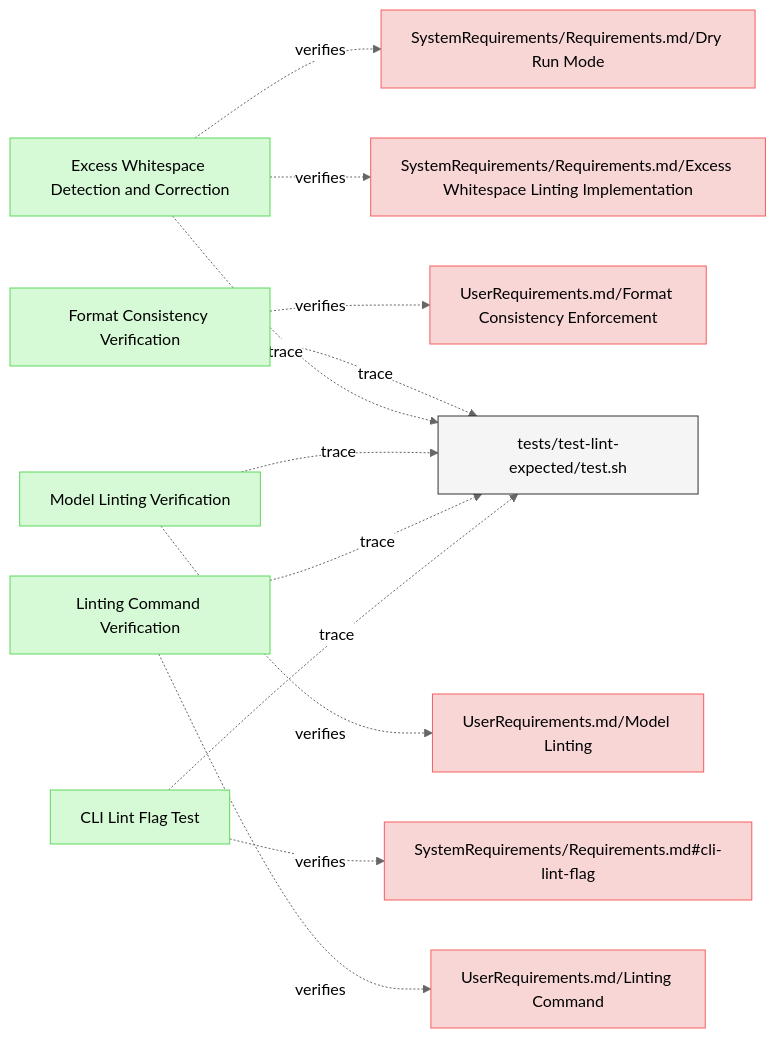
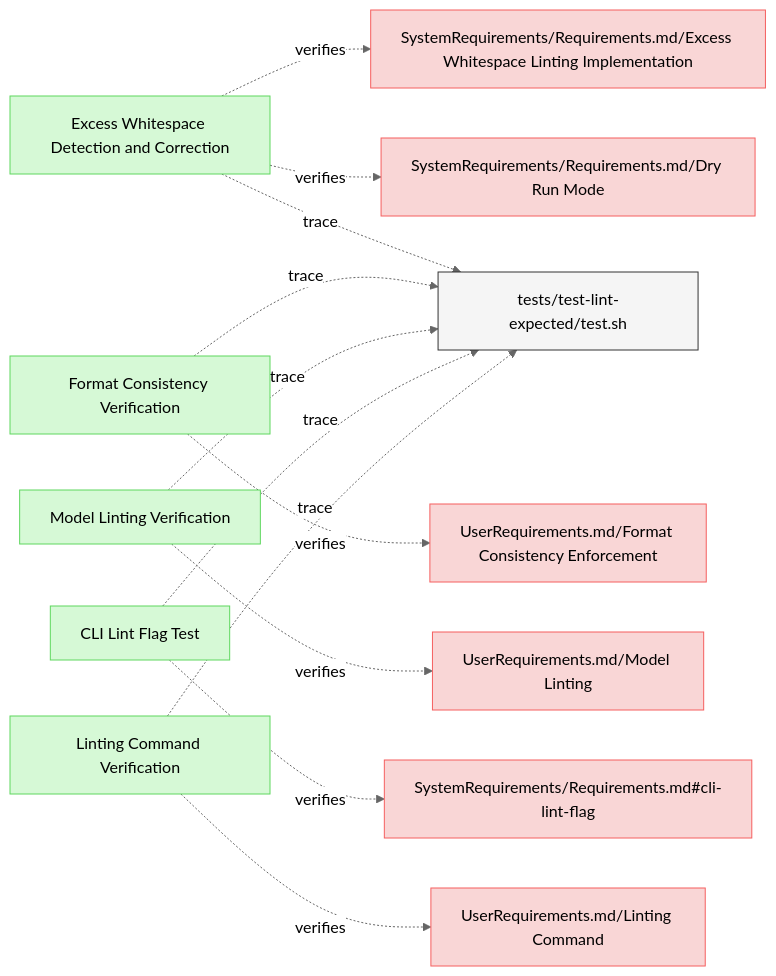
Before and after one commit to reqvire-org/reqvire: the first of 3 diagrams in specifications/Verifications/LintingTests.md, drawn with Mermaid (neutral theme). The commit also changed other lines of this file and 160 other files, not shown here.

````diff
--- a/specifications/Verifications/LintingTests.md
+++ b/specifications/Verifications/LintingTests.md
@@ -6,56 +6,56 @@
 ```mermaid
 graph LR;
   %% Graph styling
   classDef requirement fill:#f9d6d6,stroke:#f55f5f,stroke-width:1px;
   classDef verification fill:#d6f9d6,stroke:#5fd75f,stroke-width:1px;
   classDef externalLink fill:#d0e0ff,stroke:#3080ff,stroke-width:1px;
   classDef default fill:#f5f5f5,stroke:#333333,stroke-width:1px;
 
-  80dc4150bd3cbdba["Format Consistency Verification"];
-  click 80dc4150bd3cbdba "https://github.com/ilijaljubicic/ReqFlow/blob/73d5ae1d93adea71fdf4cc508be4d1ae09be068f/specifications/Verifications/LintingTests.md#format-consistency-verification";
-  class 80dc4150bd3cbdba verification;
-  b692557f47cee0f7["UserRequirements.md/Format Consistency Enforcement"];
-  class b692557f47cee0f7 requirement;
-  click b692557f47cee0f7 "https://github.com/ilijaljubicic/ReqFlow/blob/73d5ae1d93adea71fdf4cc508be4d1ae09be068f/specifications/UserRequirements.md#format-consistency-enforcement";
-  80dc4150bd3cbdba -.->|verifies| b692557f47cee0f7;
-  8e125941dffc5ae9["tests/test-lint-expected/test.sh"];
-  class 8e125941dffc5ae9 default;
-  click 8e125941dffc5ae9 "https://github.com/ilijaljubicic/ReqFlow/blob/73d5ae1d93adea71fdf4cc508be4d1ae09be068f/tests/test-lint-expected/test.sh";
-  80dc4150bd3cbdba -.->|trace| 8e125941dffc5ae9;
-  b38613988d69bc35["Excess Whitespace Detection and Correction"];
-  click b38613988d69bc35 "https://github.com/ilijaljubicic/ReqFlow/blob/73d5ae1d93adea71fdf4cc508be4d1ae09be068f/specifications/Verifications/LintingTests.md#excess-whitespace-detection-and-correction";
-  class b38613988d69bc35 verification;
-  51b41cf76fdb8ffc["SystemRequirements/Requirements.md/Excess Whitespace Linting Implementation"];
-  class 51b41cf76fdb8ffc requirement;
-  click 51b41cf76fdb8ffc "https://github.com/ilijaljubicic/ReqFlow/blob/73d5ae1d93adea71fdf4cc508be4d1ae09be068f/specifications/SystemRequirements/Requirements.md#excess-whitespace-linting-implementation";
-  b38613988d69bc35 -.->|verifies| 51b41cf76fdb8ffc;
-  bd9d6fae737d418f["SystemRequirements/Requirements.md/Dry Run Mode"];
-  class bd9d6fae737d418f requirement;
-  click bd9d6fae737d418f "https://github.com/ilijaljubicic/ReqFlow/blob/73d5ae1d93adea71fdf4cc508be4d1ae09be068f/specifications/SystemRequirements/Requirements.md#dry-run-mode";
-  b38613988d69bc35 -.->|verifies| bd9d6fae737d418f;
-  b38613988d69bc35 -.->|trace| 8e125941dffc5ae9;
-  86f2e734068525a9["Model Linting Verification"];
-  click 86f2e734068525a9 "https://github.com/ilijaljubicic/ReqFlow/blob/73d5ae1d93adea71fdf4cc508be4d1ae09be068f/specifications/Verifications/LintingTests.md#model-linting-verification";
-  class 86f2e734068525a9 verification;
-  a479ae0b8d8c4fce["UserRequirements.md/Model Linting"];
-  class a479ae0b8d8c4fce requirement;
-  click a479ae0b8d8c4fce "https://github.com/ilijaljubicic/ReqFlow/blob/73d5ae1d93adea71fdf4cc508be4d1ae09be068f/specifications/UserRequirements.md#model-linting";
-  86f2e734068525a9 -.->|verifies| a479ae0b8d8c4fce;
-  86f2e734068525a9 -.->|trace| 8e125941dffc5ae9;
-  a1a9644ad79a3c0e["Linting Command Verification"];
-  click a1a9644ad79a3c0e "https://github.com/ilijaljubicic/ReqFlow/blob/73d5ae1d93adea71fdf4cc508be4d1ae09be068f/specifications/Verifications/LintingTests.md#linting-command-verification";
-  class a1a9644ad79a3c0e verification;
-  51a11693af2e41fb["UserRequirements.md/Linting Command"];
-  class 51a11693af2e41fb requirement;
-  click 51a11693af2e41fb "https://github.com/ilijaljubicic/ReqFlow/blob/73d5ae1d93adea71fdf4cc508be4d1ae09be068f/specifications/UserRequirements.md#linting-command";
-  a1a9644ad79a3c0e -.->|verifies| 51a11693af2e41fb;
-  a1a9644ad79a3c0e -.->|trace| 8e125941dffc5ae9;
-  3ef728b41be431ea["CLI Lint Flag Test"];
-  click 3ef728b41be431ea "https://github.com/ilijaljubicic/ReqFlow/blob/73d5ae1d93adea71fdf4cc508be4d1ae09be068f/specifications/Verifications/LintingTests.md#cli-lint-flag-test";
-  class 3ef728b41be431ea verification;
-  32d2c19b923c0ac7["SystemRequirements/Requirements.md#cli-lint-flag"];
-  class 32d2c19b923c0ac7 requirement;
-  click 32d2c19b923c0ac7 "https://github.com/ilijaljubicic/ReqFlow/blob/73d5ae1d93adea71fdf4cc508be4d1ae09be068f/specifications/SystemRequirements/Requirements.md#cli-lint-flag";
-  3ef728b41be431ea -.->|verifies| 32d2c19b923c0ac7;
-  3ef728b41be431ea -.->|trace| 8e125941dffc5ae9;
+  139eaf174bc54d54["Excess Whitespace Detection and Correction"];
+  click 139eaf174bc54d54 "https://github.com/ilijaljubicic/Reqvire/blob/8a68ca1eab81bac7964085e47777a0a92447c6a5/specifications/Verifications/LintingTests.md#excess-whitespace-detection-and-correction";
+  class 139eaf174bc54d54 verification;
+  87548b2599ea86c2["SystemRequirements/Requirements.md/Excess Whitespace Linting Implementation"];
+  class 87548b2599ea86c2 requirement;
+  click 87548b2599ea86c2 "https://github.com/ilijaljubicic/Reqvire/blob/8a68ca1eab81bac7964085e47777a0a92447c6a5/specifications/SystemRequirements/Requirements.md#excess-whitespace-linting-implementation";
+  139eaf174bc54d54 -.->|verifies| 87548b2599ea86c2;
+  c080457c84fad54c["SystemRequirements/Requirements.md/Dry Run Mode"];
+  class c080457c84fad54c requirement;
+  click c080457c84fad54c "https://github.com/ilijaljubicic/Reqvire/blob/8a68ca1eab81bac7964085e47777a0a92447c6a5/specifications/SystemRequirements/Requirements.md#dry-run-mode";
+  139eaf174bc54d54 -.->|verifies| c080457c84fad54c;
+  b23d704cd1d9d920["tests/test-lint-expected/test.sh"];
+  class b23d704cd1d9d920 default;
+  click b23d704cd1d9d920 "https://github.com/ilijaljubicic/Reqvire/blob/8a68ca1eab81bac7964085e47777a0a92447c6a5/tests/test-lint-expected/test.sh";
+  139eaf174bc54d54 -.->|trace| b23d704cd1d9d920;
+  fc5452f530d165ac["Format Consistency Verification"];
+  click fc5452f530d165ac "https://github.com/ilijaljubicic/Reqvire/blob/8a68ca1eab81bac7964085e47777a0a92447c6a5/specifications/Verifications/LintingTests.md#format-consistency-verification";
+  class fc5452f530d165ac verification;
+  43bbec4721cc6a68["UserRequirements.md/Format Consistency Enforcement"];
+  class 43bbec4721cc6a68 requirement;
+  click 43bbec4721cc6a68 "https://github.com/ilijaljubicic/Reqvire/blob/8a68ca1eab81bac7964085e47777a0a92447c6a5/specifications/UserRequirements.md#format-consistency-enforcement";
+  fc5452f530d165ac -.->|verifies| 43bbec4721cc6a68;
+  fc5452f530d165ac -.->|trace| b23d704cd1d9d920;
+  4259d3ea5b362216["Model Linting Verification"];
+  click 4259d3ea5b362216 "https://github.com/ilijaljubicic/Reqvire/blob/8a68ca1eab81bac7964085e47777a0a92447c6a5/specifications/Verifications/LintingTests.md#model-linting-verification";
+  class 4259d3ea5b362216 verification;
+  36d76b90ace3a564["UserRequirements.md/Model Linting"];
+  class 36d76b90ace3a564 requirement;
+  click 36d76b90ace3a564 "https://github.com/ilijaljubicic/Reqvire/blob/8a68ca1eab81bac7964085e47777a0a92447c6a5/specifications/UserRequirements.md#model-linting";
+  4259d3ea5b362216 -.->|verifies| 36d76b90ace3a564;
+  4259d3ea5b362216 -.->|trace| b23d704cd1d9d920;
+  1b44eade541aaf22["CLI Lint Flag Test"];
+  click 1b44eade541aaf22 "https://github.com/ilijaljubicic/Reqvire/blob/8a68ca1eab81bac7964085e47777a0a92447c6a5/specifications/Verifications/LintingTests.md#cli-lint-flag-test";
+  class 1b44eade541aaf22 verification;
+  cb01ebe750839cf7["SystemRequirements/Requirements.md#cli-lint-flag"];
+  class cb01ebe750839cf7 requirement;
+  click cb01ebe750839cf7 "https://github.com/ilijaljubicic/Reqvire/blob/8a68ca1eab81bac7964085e47777a0a92447c6a5/specifications/SystemRequirements/Requirements.md#cli-lint-flag";
+  1b44eade541aaf22 -.->|verifies| cb01ebe750839cf7;
+  1b44eade541aaf22 -.->|trace| b23d704cd1d9d920;
+  40175f2aac49899b["Linting Command Verification"];
+  click 40175f2aac49899b "https://github.com/ilijaljubicic/Reqvire/blob/8a68ca1eab81bac7964085e47777a0a92447c6a5/specifications/Verifications/LintingTests.md#linting-command-verification";
+  class 40175f2aac49899b verification;
+  f1de164cd9ee3fd["UserRequirements.md/Linting Command"];
+  class f1de164cd9ee3fd requirement;
+  click f1de164cd9ee3fd "https://github.com/ilijaljubicic/Reqvire/blob/8a68ca1eab81bac7964085e47777a0a92447c6a5/specifications/UserRequirements.md#linting-command";
+  40175f2aac49899b -.->|verifies| f1de164cd9ee3fd;
+  40175f2aac49899b -.->|trace| b23d704cd1d9d920;
 ```
````
